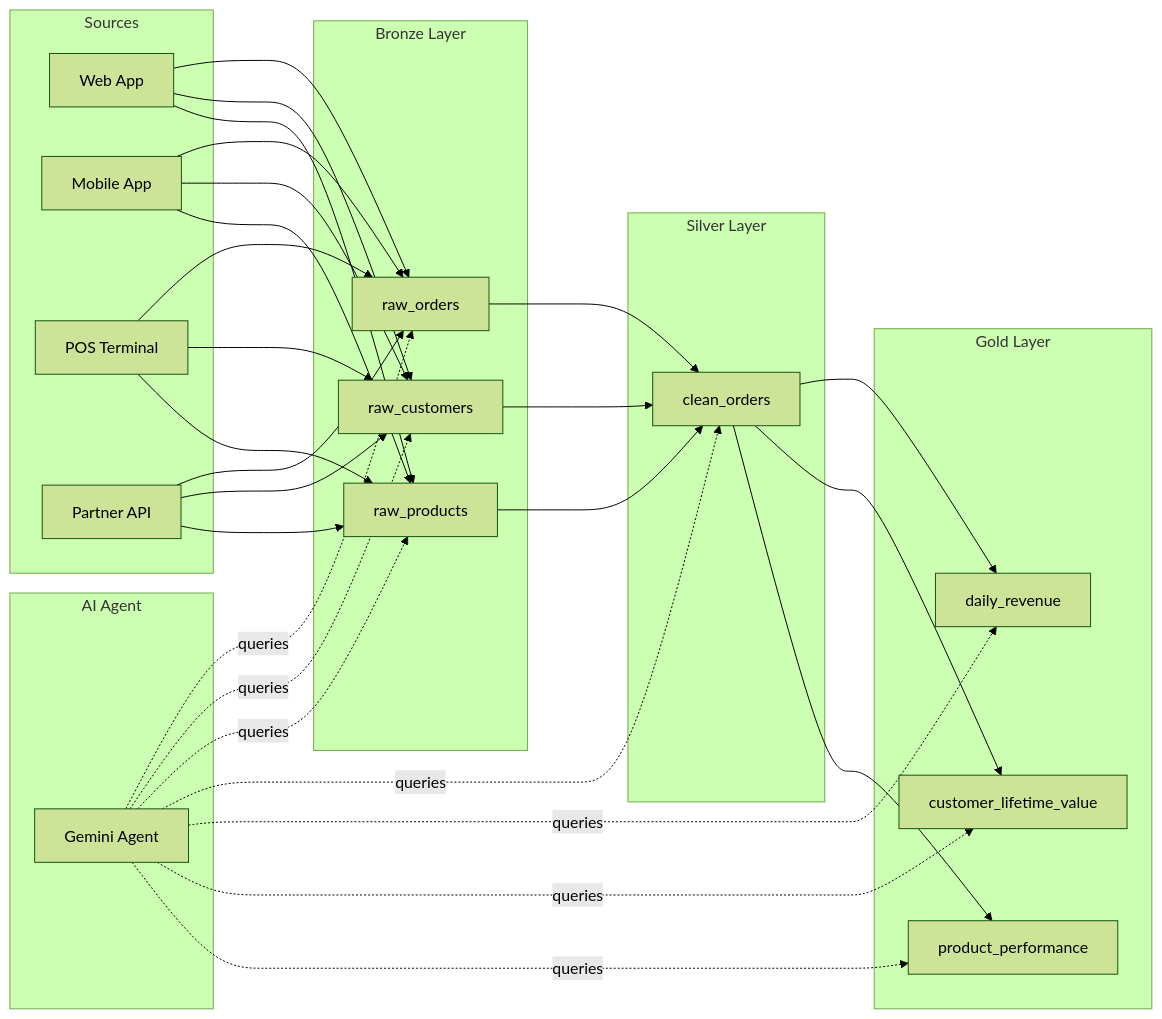
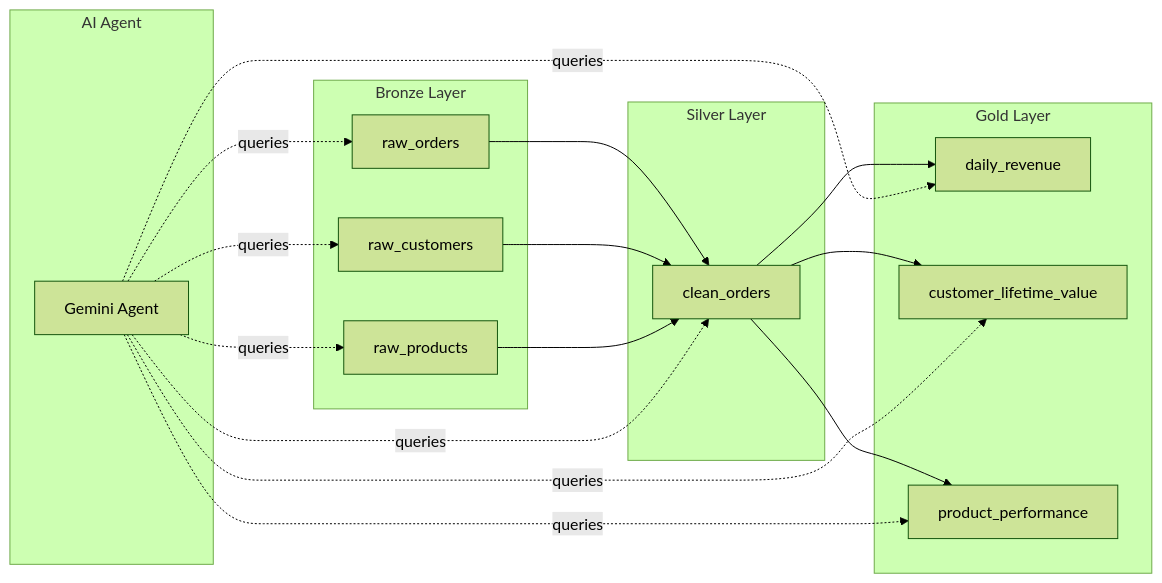
Before and after one commit to manoramtaparia-tricon/DataPulse: the first of 3 diagrams in databricks-ai-gateway/DATA_PLATFORM.md, drawn with Mermaid (forest theme). The commit also changed other lines of this file and 5 other files, not shown here.

````diff
--- a/databricks-ai-gateway/DATA_PLATFORM.md
+++ b/databricks-ai-gateway/DATA_PLATFORM.md
@@ -27,36 +27,28 @@
 ```mermaid
 graph LR
-    subgraph Sources
-        S1[Web App]
-        S2[Mobile App]
-        S3[POS Terminal]
-        S4[Partner API]
-    end
-
     subgraph Bronze Layer
         B1[raw_orders]
         B2[raw_customers]
         B3[raw_products]
     end
 
     subgraph Silver Layer
         SV[clean_orders]
     end
 
     subgraph Gold Layer
         G1[daily_revenue]
         G2[customer_lifetime_value]
         G3[product_performance]
     end
 
     subgraph AI Agent
         AG[Gemini Agent]
     end
 
-    S1 & S2 & S3 & S4 --> B1 & B2 & B3
     B1 & B2 & B3 --> SV
     SV --> G1 & G2 & G3
     AG -.->|queries| B1 & B2 & B3
     AG -.->|queries| SV
     AG -.->|queries| G1 & G2 & G3
 ```
````
